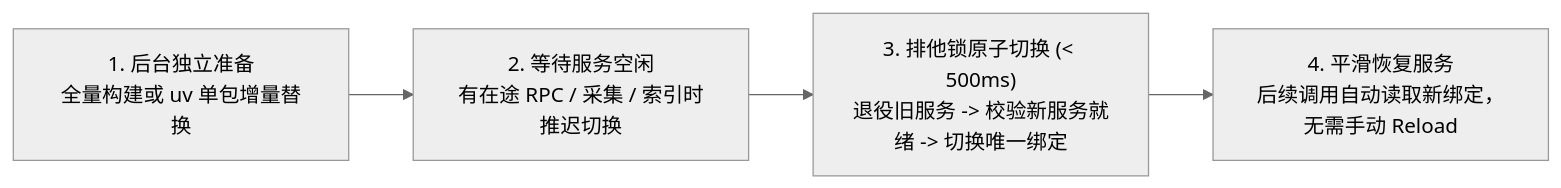
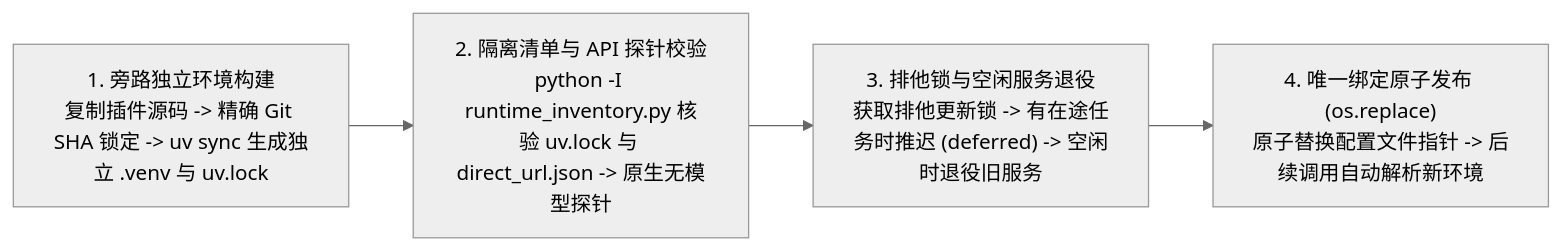
One commit to grandolantow/mindie-agent changed the diagram in docs/release-compatibility-and-update.md. Above: the diagram before and after it, drawn with Mermaid (neutral theme). The commit also changed other lines of this file and 15 other files, not shown here.

````diff
--- a/docs/release-compatibility-and-update.md
+++ b/docs/release-compatibility-and-update.md
@@ -120,6 +128,6 @@
 ```mermaid
 flowchart LR
-    P["1. 后台独立准备<br/>全量构建或 uv 单包增量替换"] --> W["2. 等待服务空闲<br/>有在途 RPC / 采集 / 索引时推迟切换"]
-    W --> S["3. 排他锁原子切换 (< 500ms)<br/>退役旧服务 -> 校验新服务就绪 -> 切换唯一绑定"]
-    S --> R["4. 平滑恢复服务<br/>后续调用自动读取新绑定，无需手动 Reload"]
+    P["1. 旁路独立环境构建<br/>复制插件源码 -> 精确 Git SHA 锁定 -> uv sync 生成独立 .venv 与 uv.lock"] --> V["2. 隔离清单与 API 探针校验<br/>python -I runtime_inventory.py 核验 uv.lock 与 direct_url.json -> 原生无模型探针"]
+    V --> W["3. 排他锁与空闲服务退役<br/>获取排他更新锁 -> 有在途任务时推迟 (deferred) -> 空闲时退役旧服务"]
+    W --> S["4. 唯一绑定原子发布 (os.replace)<br/>原子替换配置文件指针 -> 后续调用自动解析新环境"]
 ```
````
